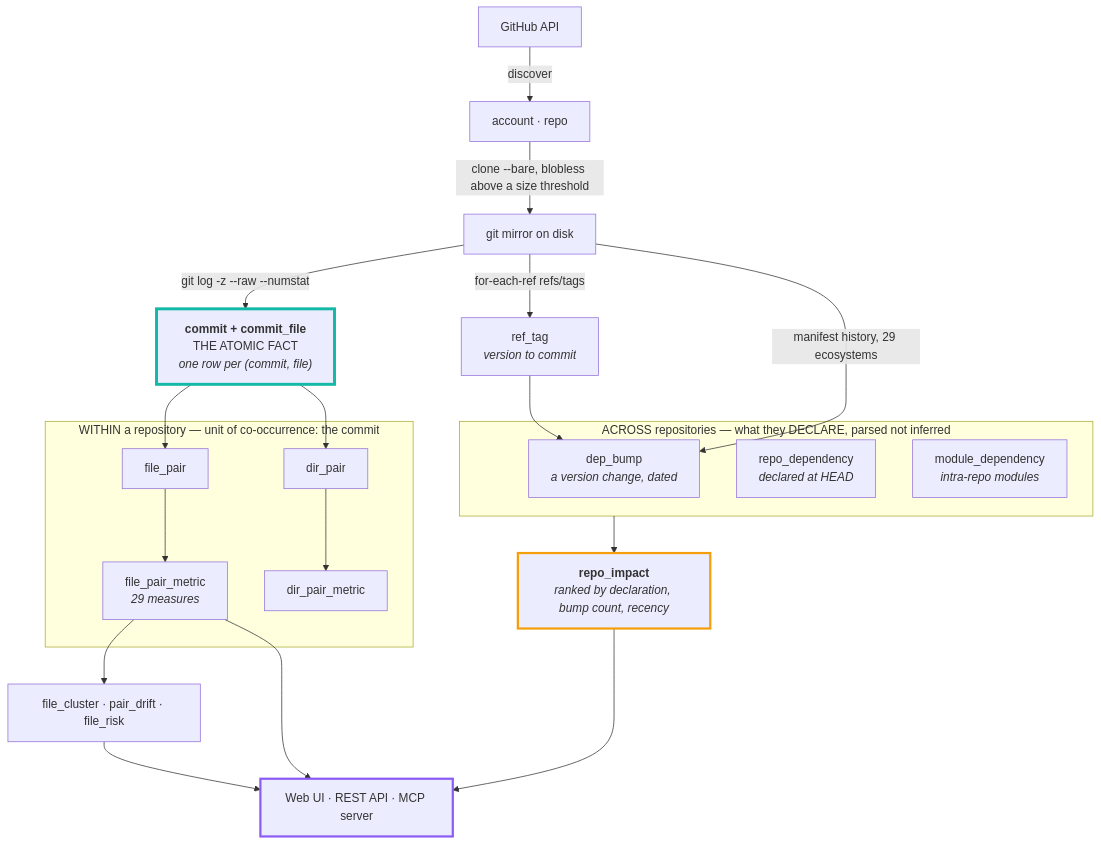
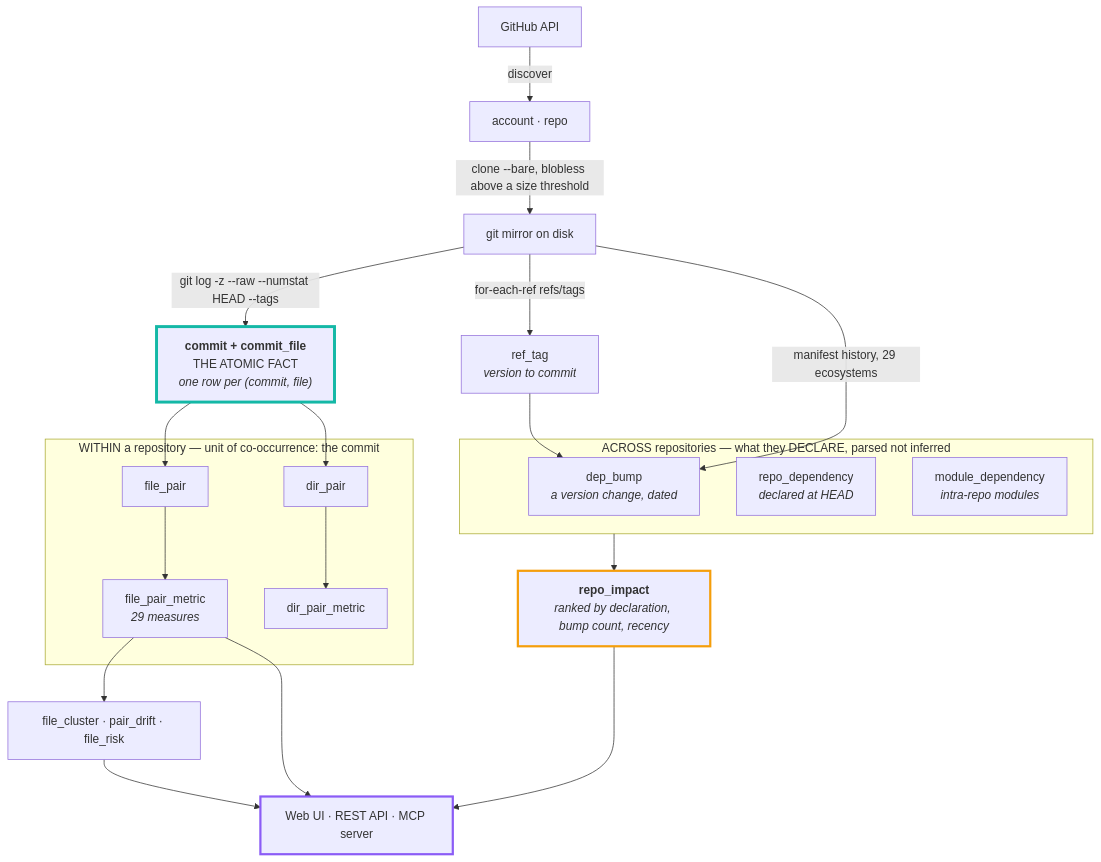
The first of 6 diagrams in DESIGN.md (kirankn8/git-synapse), drawn with Mermaid before and after one commit. The commit also changed other lines of this file and 7 other files, not shown here.

````diff
--- a/DESIGN.md
+++ b/DESIGN.md
@@ -90,38 +90,38 @@
 ```mermaid
 flowchart TB
     GH["GitHub API"] -->|discover| REPO["account · repo"]
     REPO -->|"clone --bare, blobless above a size threshold"| MIRROR["git mirror on disk"]
-    MIRROR -->|"git log -z --raw --numstat"| ATOM
+    MIRROR -->|"git log -z --raw --numstat HEAD --tags"| ATOM
     MIRROR -->|"for-each-ref refs/tags"| TAGS["ref_tag<br/><i>version to commit</i>"]
     MIRROR -->|"manifest history, 29 ecosystems"| DECL
 
     ATOM["<b>commit + commit_file</b><br/>THE ATOMIC FACT<br/><i>one row per (commit, file)</i>"]
 
     subgraph within["WITHIN a repository — unit of co-occurrence: the commit"]
         FP["file_pair"] --> FPM["file_pair_metric<br/><i>29 measures</i>"]
         DP["dir_pair"] --> DPM["dir_pair_metric"]
     end
 
     subgraph declared["ACROSS repositories — what they DECLARE, parsed not inferred"]
         DECL["dep_bump<br/><i>a version change, dated</i>"]
         RD["repo_dependency<br/><i>declared at HEAD</i>"]
         MD["module_dependency<br/><i>intra-repo modules</i>"]
     end
 
     ATOM --> FP
     ATOM --> DP
     TAGS --> DECL
     declared --> IMPACT
 
     IMPACT["<b>repo_impact</b><br/><i>ranked by declaration, bump count, recency</i>"]
 
     FPM --> MINE["file_cluster · pair_drift · file_risk"]
     FPM --> OUT
     IMPACT --> OUT
     MINE --> OUT
     OUT["Web UI · REST API · MCP server"]
 
     style ATOM stroke:#14b8a6,stroke-width:4px
     style IMPACT stroke:#f59e0b,stroke-width:3px
     style OUT stroke:#8b5cf6,stroke-width:3px
 ```
````
